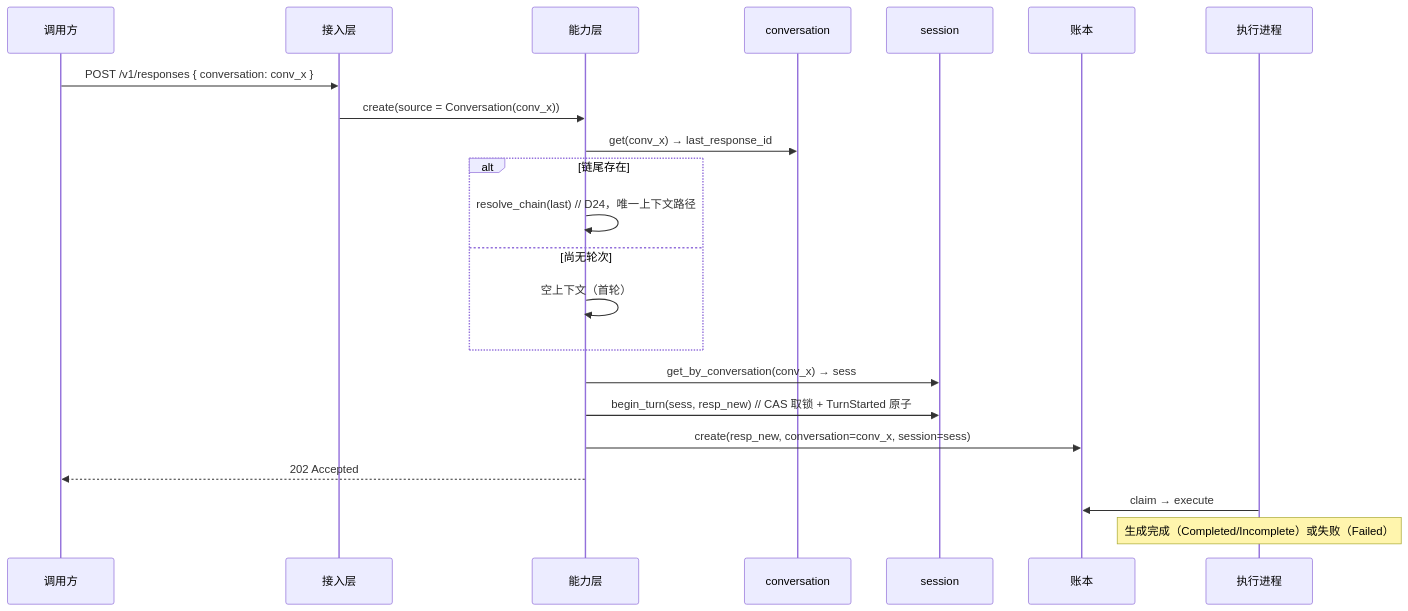
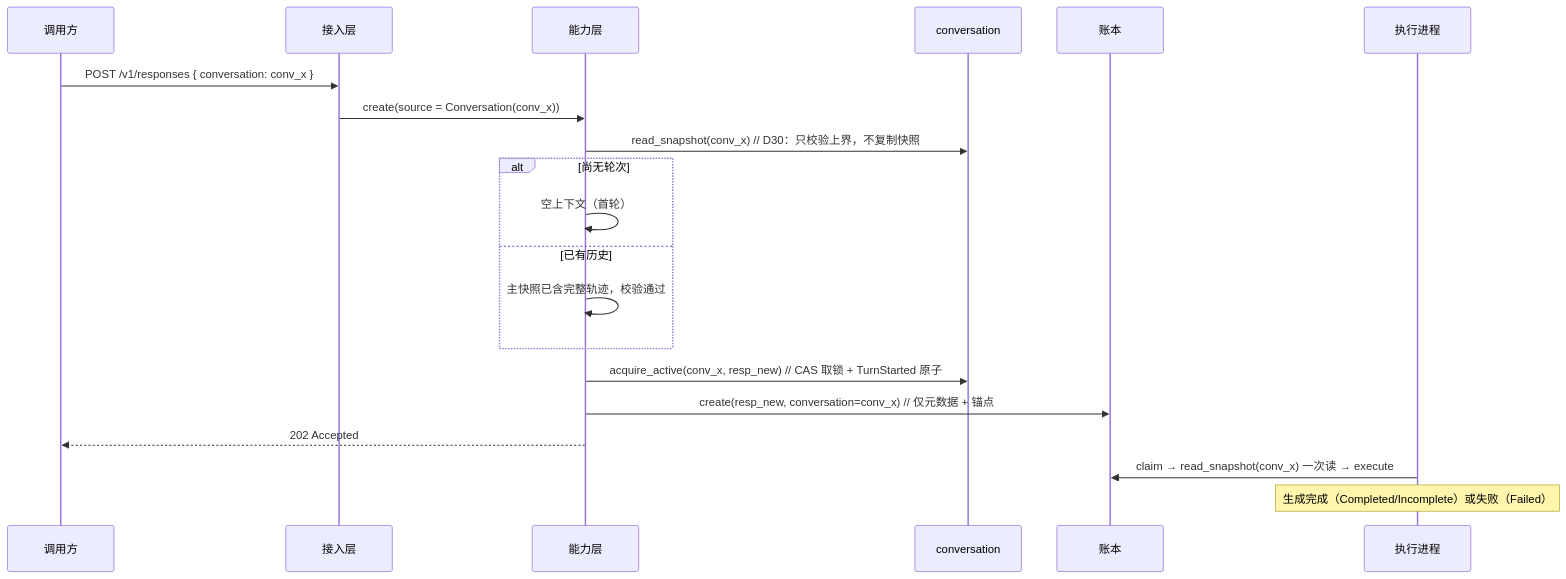
The first of 6 diagrams in docs/design/07-conversations-and-sessions.md (charleslyh/nova-chat), drawn with Mermaid before and after one commit. The commit also changed other lines of this file and 58 other files, not shown here.

First line of the commit message:
refactor(responses): split storage per D30 — responses on event stream, conversation holds durable snapshot

````diff
--- a/docs/design/07-conversations-and-sessions.md
+++ b/docs/design/07-conversations-and-sessions.md
@@ -72,25 +57,23 @@
 ```mermaid
 sequenceDiagram
     participant C as 调用方
     participant GW as 接入层
     participant SVC as 能力层
     participant CVS as conversation
-    participant SES as session
     participant LED as 账本
     participant AG as 执行进程
 
     C->>GW: POST /v1/responses { conversation: conv_x }
     GW->>SVC: create(source = Conversation(conv_x))
-    SVC->>CVS: get(conv_x) → last_response_id
-    alt 链尾存在
-        SVC->>SVC: resolve_chain(last)  // D24，唯一上下文路径
-    else 尚无轮次
+    SVC->>CVS: read_snapshot(conv_x)          // D30：只校验上界，不复制快照
+    alt 尚无轮次
         SVC->>SVC: 空上下文（首轮）
+    else 已有历史
+        SVC->>SVC: 主快照已含完整轨迹，校验通过
     end
-    SVC->>SES: get_by_conversation(conv_x) → sess
-    SVC->>SES: begin_turn(sess, resp_new)   // CAS 取锁 + TurnStarted 原子
-    SVC->>LED: create(resp_new, conversation=conv_x, session=sess)
+    SVC->>CVS: acquire_active(conv_x, resp_new)  // CAS 取锁 + TurnStarted 原子
+    SVC->>LED: create(resp_new, conversation=conv_x)  // 仅元数据 + 锚点
     SVC-->>C: 202 Accepted
-    AG->>LED: claim → execute
+    AG->>LED: claim → read_snapshot(conv_x) 一次读 → execute
     Note over AG: 生成完成（Completed/Incomplete）或失败（Failed）
 ```
````
